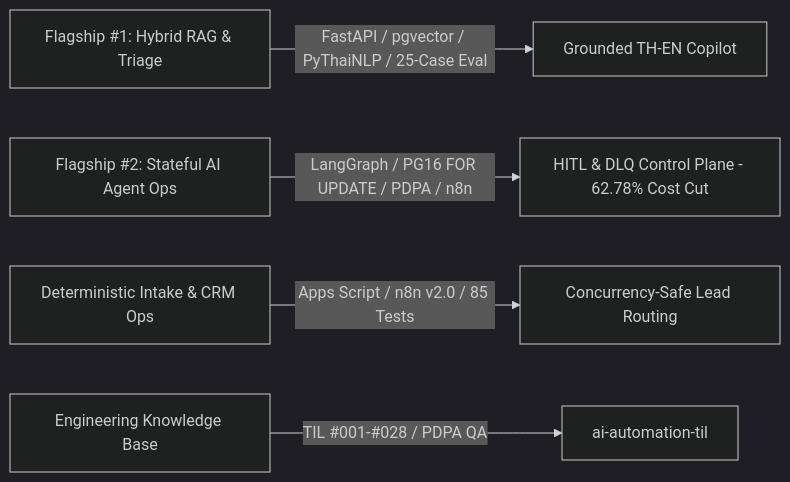
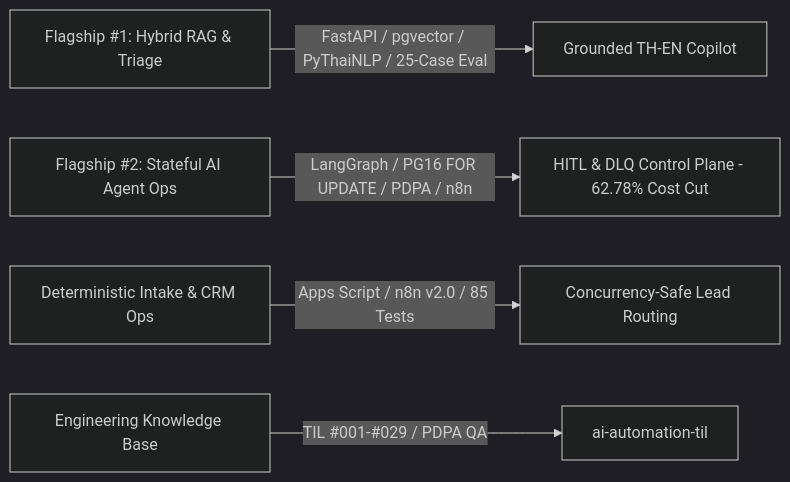
One commit to ApecSinlapachai/ApecSinlapachai changed the diagram in README.md. Above: the diagram before and after it, drawn with Mermaid (dark theme). The commit also changed other lines of this file, not shown here.

Commit message:
docs: update TIL count to #029 (apec-ai-portfolio)

````diff
--- a/README.md
+++ b/README.md
@@ -72,7 +72,7 @@
 ```mermaid
 flowchart LR
     A[Flagship #1: Hybrid RAG & Triage] -->|FastAPI / pgvector / PyThaiNLP / 25-Case Eval| B[Grounded TH-EN Copilot]
     C[Flagship #2: Stateful AI Agent Ops] -->|LangGraph / PG16 FOR UPDATE / PDPA / n8n| D[HITL & DLQ Control Plane - 62.78% Cost Cut]
     E[Deterministic Intake & CRM Ops] -->|Apps Script / n8n v2.0 / 85 Tests| F[Concurrency-Safe Lead Routing]
-    G[Engineering Knowledge Base] -->|TIL #001-#028 / PDPA QA| H[ai-automation-til]
+    G[Engineering Knowledge Base] -->|TIL #001-#029 / PDPA QA| H[ai-automation-til]
 ```
````
